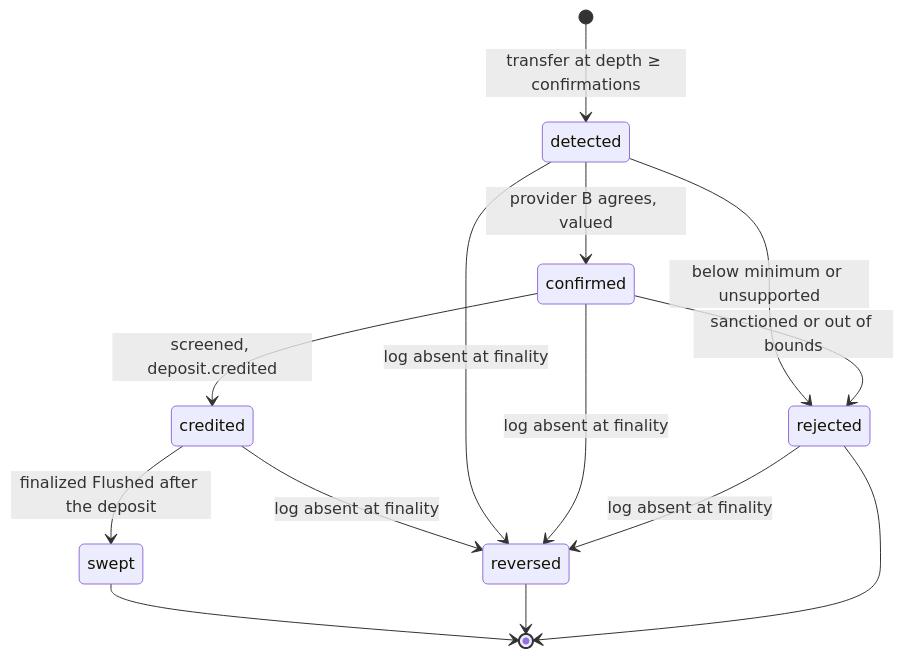
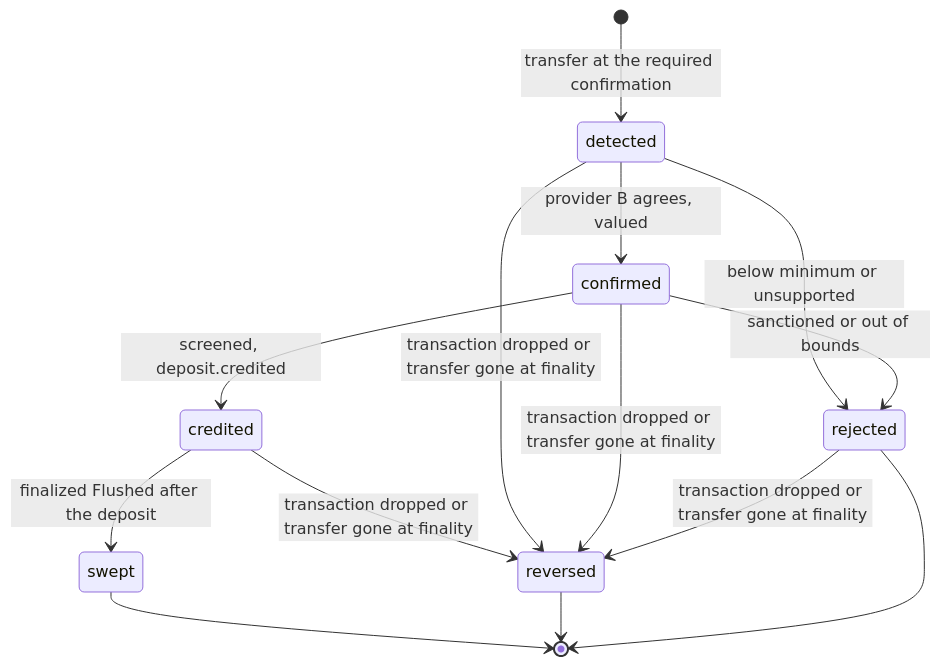
One commit to Phala-Network/crypto-topup-service changed the first of 4 diagrams in docs/design/multi-tenant.md. Above: the diagram before and after it, drawn with Mermaid. The commit also changed other lines of this file, not shown here.

First line of the commit message:
docs(design): second review — reorg identity, confirmation policy, live allowlist

````diff
--- a/docs/design/multi-tenant.md
+++ b/docs/design/multi-tenant.md
@@ -107,16 +144,16 @@
 ```mermaid
 stateDiagram-v2
-    [*] --> detected: transfer at depth ≥ confirmations
+    [*] --> detected: transfer at the required confirmation
     detected --> confirmed: provider B agrees, valued
     detected --> rejected: below minimum or unsupported
     confirmed --> credited: screened, deposit.credited
     confirmed --> rejected: sanctioned or out of bounds
     credited --> swept: finalized Flushed after the deposit
-    credited --> reversed: log absent at finality
-    detected --> reversed: log absent at finality
-    confirmed --> reversed: log absent at finality
-    rejected --> reversed: log absent at finality
+    credited --> reversed: transaction dropped or transfer gone at finality
+    detected --> reversed: transaction dropped or transfer gone at finality
+    confirmed --> reversed: transaction dropped or transfer gone at finality
+    rejected --> reversed: transaction dropped or transfer gone at finality
     swept --> [*]
     reversed --> [*]
     rejected --> [*]
 ```
````
